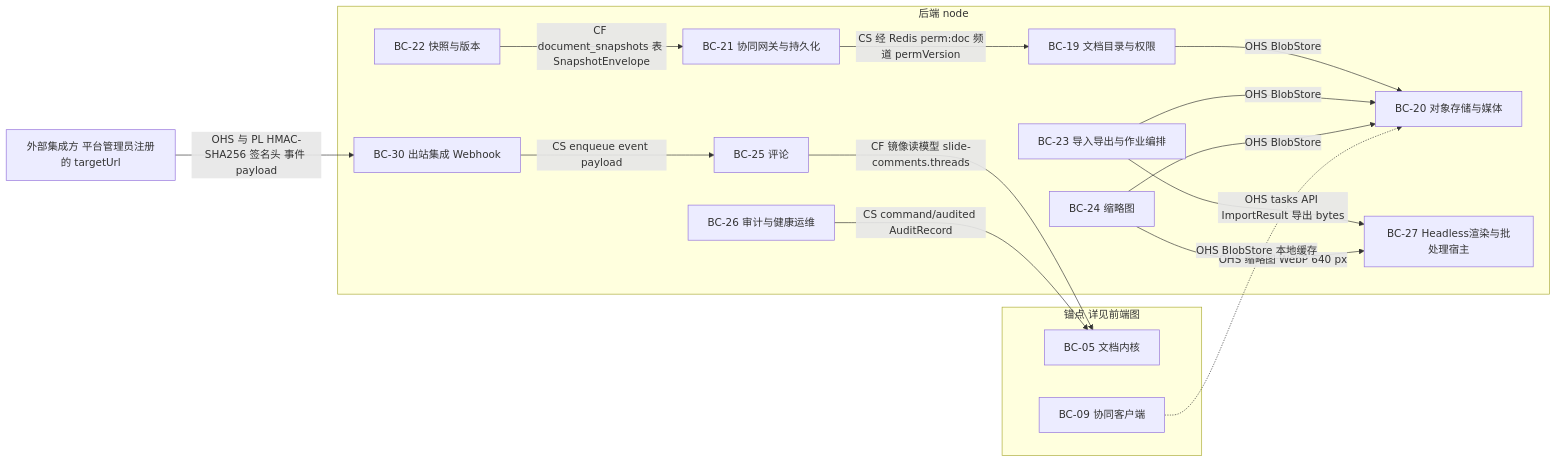
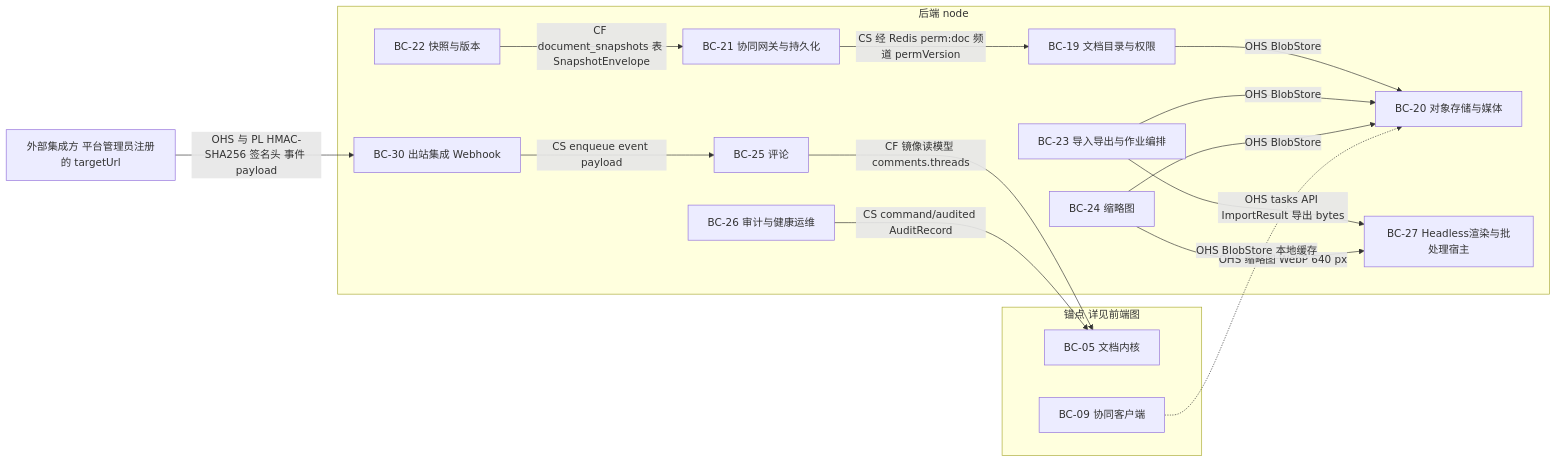
Before and after one commit to Xeonice/cordis-ppt-editor: the fifth of 12 diagrams in docs/40-modules/00-module-map.md, drawn with Mermaid. The commit also changed other lines of this file and 79 other files, not shown here.

````diff
--- a/docs/40-modules/00-module-map.md
+++ b/docs/40-modules/00-module-map.md
@@ -891,32 +888,32 @@
 ```mermaid
 flowchart LR
 subgraph be["后端 node"]
 bc19["BC-19 文档目录与权限"]
 bc20["BC-20 对象存储与媒体"]
 bc21["BC-21 协同网关与持久化"]
 bc22["BC-22 快照与版本"]
 bc23["BC-23 导入导出与作业编排"]
 bc24["BC-24 缩略图"]
 bc25["BC-25 评论"]
 bc26["BC-26 审计与健康运维"]
 bc27["BC-27 Headless渲染与批处理宿主"]
 bc30["BC-30 出站集成 Webhook"]
 end
 subgraph anchors["锚点 详见前端图"]
 bc05["BC-05 文档内核"]
 bc09["BC-09 协同客户端"]
 end
 ext["外部集成方 平台管理员注册的 targetUrl"]
 bc21 -- "CS 经 Redis perm:doc 频道 permVersion" --> bc19
 bc22 -- "CF document_snapshots 表 SnapshotEnvelope" --> bc21
 bc23 -- "OHS tasks API ImportResult 导出 bytes" --> bc27
 bc24 -- "OHS 缩略图 WebP 640 px" --> bc27
-bc25 -- "CF 镜像读模型 slide-comments.threads" --> bc05
+bc25 -- "CF 镜像读模型 comments.threads" --> bc05
 bc26 -- "CS command/audited AuditRecord" --> bc05
 bc19 -- "OHS BlobStore" --> bc20
 bc23 -- "OHS BlobStore" --> bc20
 bc24 -- "OHS BlobStore" --> bc20
 bc09 -. "OHS BlobStore 本地缓存" .-> bc20
 bc30 -- "CS enqueue event payload" --> bc25
 ext -- "OHS 与 PL HMAC-SHA256 签名头 事件 payload" --> bc30
 ```
````
